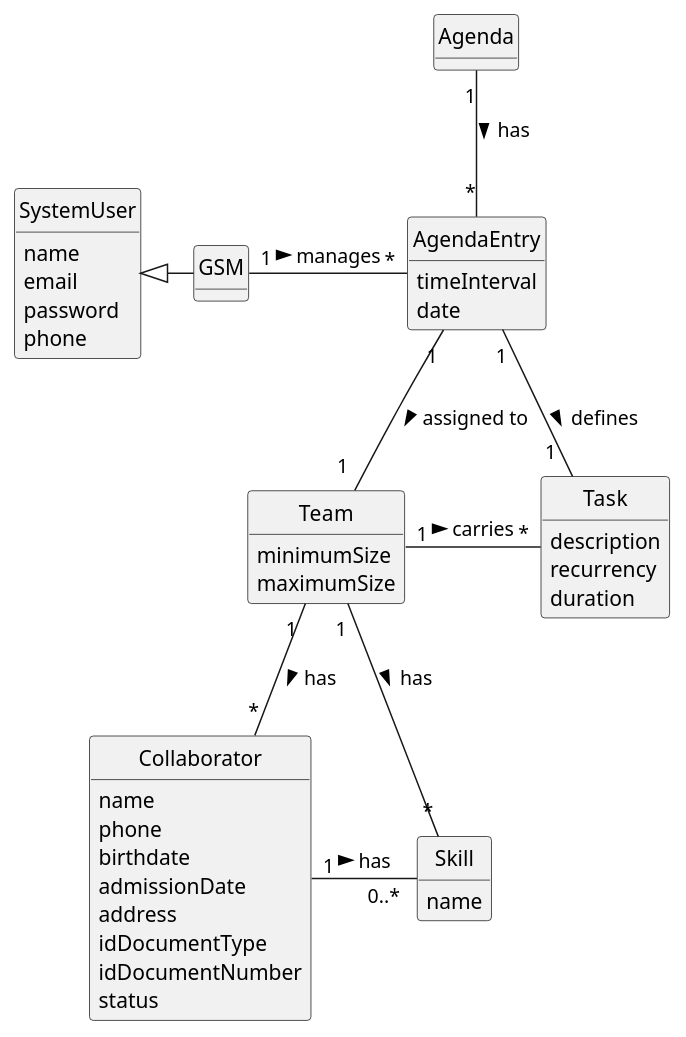
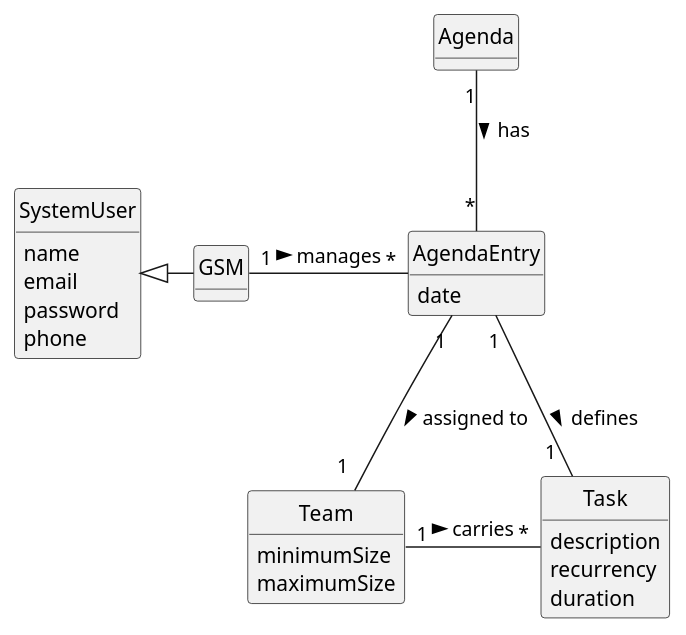
One commit to Departamento-de-Engenharia-Informatica/lei-24-s2-1do-g164 changed the diagram in docs/sprintC/us023/02.analysis/puml/us023-domain-model.puml. Above: the diagram before and after it, drawn with PlantUML. The commit also changed 39 other files, not shown here.

```diff
--- a/docs/sprintC/us023/02.analysis/puml/us023-domain-model.puml
+++ b/docs/sprintC/us023/02.analysis/puml/us023-domain-model.puml
@@ -1,77 +1,55 @@
 @startuml
 skinparam monochrome true
 skinparam packageStyle rectangle
 skinparam shadowing false
 
 
 
 skinparam classAttributeIconSize 0
 
 hide circle
 hide methods
 
 
 class GSM {
 }
 
 
 class SystemUser {
     name
     email
     password
     phone
 
 }
 
-class Collaborator {
-   name
-      phone
-      birthdate
-      admissionDate
-      address
-      idDocumentType
-      idDocumentNumber
-      status
-      }
-
-
-
 class Team {
 minimumSize
 maximumSize
 
 }
 
-class Skill {
-    name
-}
-
-
 class Agenda {
 }
 
 class AgendaEntry {
-
-    timeInterval
     date
 }
 
 
 class Task {
     description
     recurrency
     duration
 }
 
 
-Team "1 " -- "*" Collaborator: has >
-Team "1 " -- "*" Skill : has >
-Collaborator "1 " - "0..* " Skill : has >
+
 SystemUser <|- GSM
 GSM"1" - "*" AgendaEntry: manages >
 AgendaEntry"1"-- "1  " Team: assigned to >
 Agenda "1" -- "*" AgendaEntry : has >
 AgendaEntry "1" -- "1  " Task : defines >
 Team "1" - "*" Task:   carries  >
 
 @enduml
```
